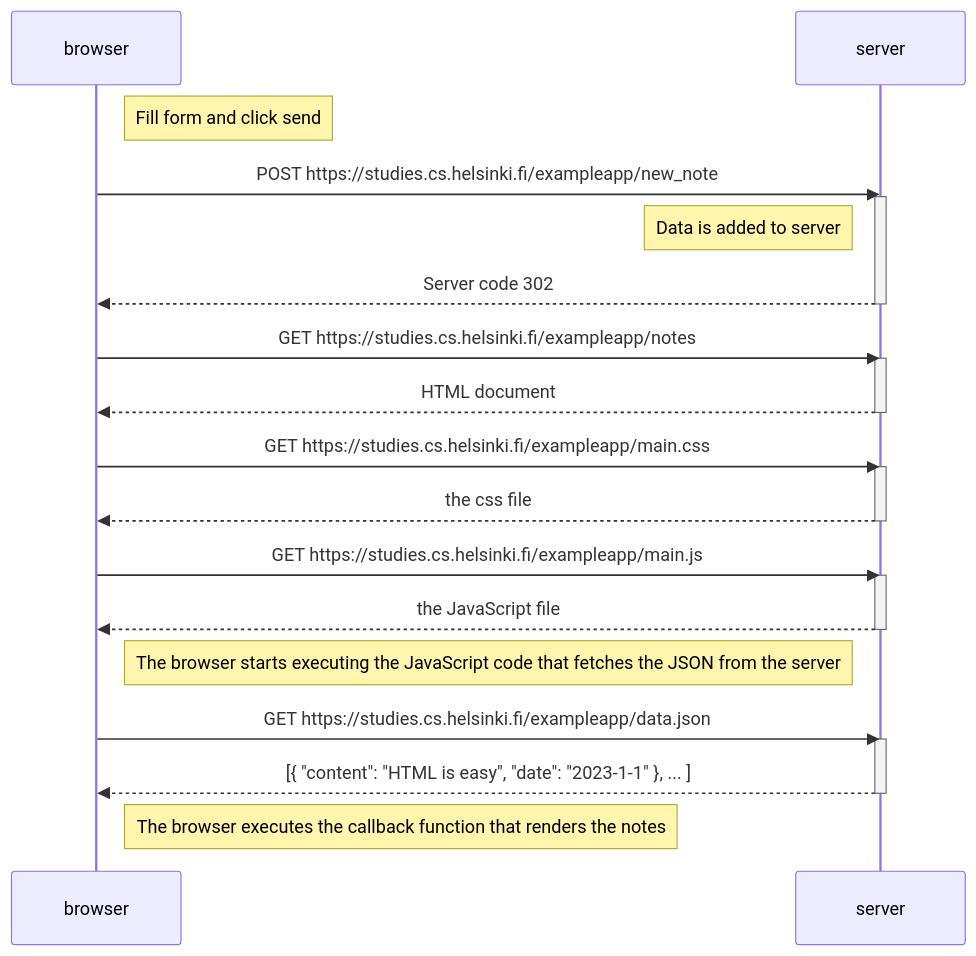
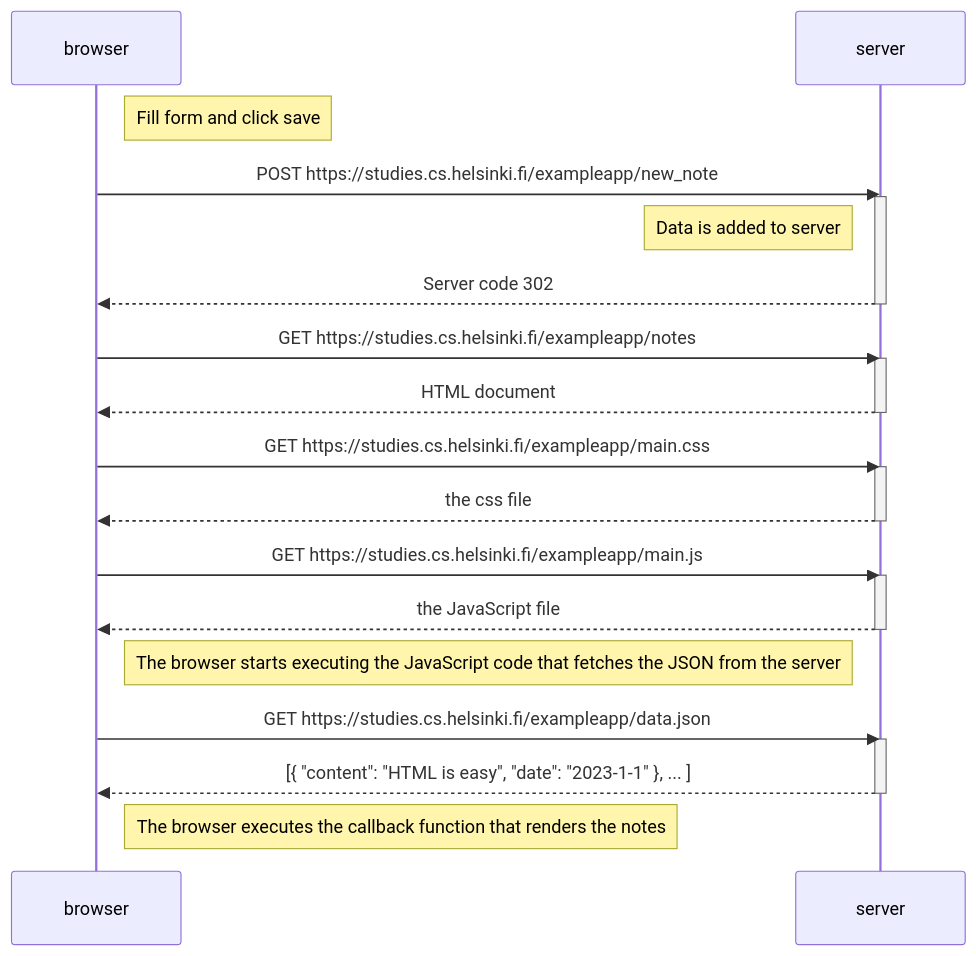
The diagram in New note diagram.mmd (Tedrivs/part0), drawn with Mermaid before and after one commit.

Commit message:
Update New note diagram.mmd

```diff
--- a/New note diagram.mmd
+++ b/New note diagram.mmd
@@ -1,35 +1,35 @@
 sequenceDiagram
     participant browser
     participant server
 
-    Note right of browser: Fill form and click send
+    Note right of browser: Fill form and click save
 
     browser->>server: POST https://studies.cs.helsinki.fi/exampleapp/new_note
     activate server
     Note left of server: Data is added to server
     server-->>browser: Server code 302
     deactivate server
 
     browser->>server: GET https://studies.cs.helsinki.fi/exampleapp/notes
     activate server
     server-->>browser: HTML document
     deactivate server
 
     browser->>server: GET https://studies.cs.helsinki.fi/exampleapp/main.css
     activate server
     server-->>browser: the css file
     deactivate server
 
     browser->>server: GET https://studies.cs.helsinki.fi/exampleapp/main.js
     activate server
     server-->>browser: the JavaScript file
     deactivate server
 
     Note right of browser: The browser starts executing the JavaScript code that fetches the JSON from the server
 
     browser->>server: GET https://studies.cs.helsinki.fi/exampleapp/data.json
     activate server
     server-->>browser: [{ "content": "HTML is easy", "date": "2023-1-1" }, ... ]
     deactivate server
 
     Note right of browser: The browser executes the callback function that renders the notes
```
